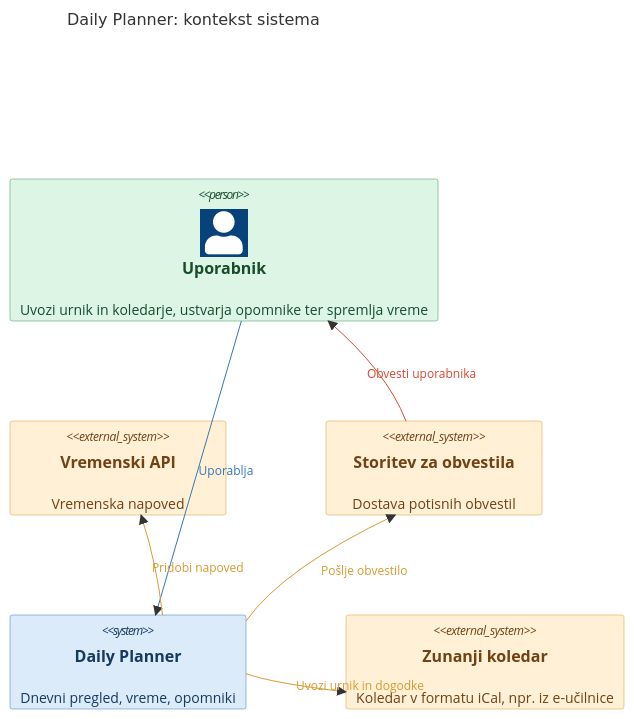
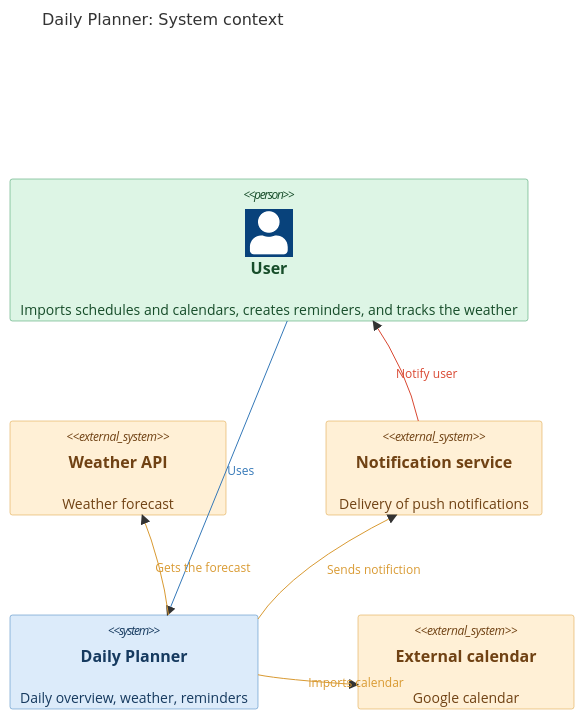
One commit to PRPO-projekt-26/daily-planner changed the diagram in c4.md. Above: the diagram before and after it, drawn with Mermaid. The commit also changed other lines of this file, not shown here.

````diff
--- a/c4.md
+++ b/c4.md
@@ -5,38 +5,37 @@
 ```mermaid
     C4Context
-    title Daily Planner: kontekst sistema
+    title Daily Planner: System context
 
-    Person(student, "Uporabnik", "Uvozi urnik in koledarje, ustvarja opomnike ter spremlja vreme")
+    Person(student, "User", "Imports schedules and calendars, creates reminders, and tracks the weather")
 
-    System_Ext(weather, "Vremenski API", "Vremenska napoved")
+    System_Ext(weather, "Weather API", "Weather forecast")
 
-    System_Ext(notification, "Storitev za obvestila", "Dostava potisnih obvestil")
+    System_Ext(notification, "Notification service", "Delivery of push notifications")
 
-    System(planner, "Daily Planner", "Dnevni pregled, vreme, opomniki")
+    System(planner, "Daily Planner", "Daily overview, weather, reminders")
 
-    System_Ext(calendar, "Zunanji koledar", "Koledar v formatu iCal, npr. iz e-učilnice")
+    System_Ext(calendar, "External calendar", "Google calendar")
 
-
-    Rel(student, planner, "Uporablja")
-    Rel(planner, weather, "Pridobi napoved")
-    Rel(planner, calendar, "Uvozi urnik in dogodke")
-    Rel(planner, notification, "Pošlje obvestilo")
-    Rel(notification, student, "Obvesti uporabnika")
+    Rel(student, planner, "Uses")
+    Rel(planner, weather, "Gets the forecast")
+    Rel(planner, calendar, "Imports calendar")
+    Rel(planner, notification, "Sends notifiction")
+    Rel(notification, student, "Notify user")
 
 
     UpdateElementStyle(planner, $bgColor="#DCEBFA", $fontColor="#163A5F", $borderColor="#3478B8")
     UpdateElementStyle(student, $bgColor="#DDF5E5", $fontColor="#174D2A", $borderColor="#31945A")
     UpdateElementStyle(friend, $bgColor="#DDF5E5", $fontColor="#174D2A", $borderColor="#31945A")
     UpdateElementStyle(weather, $bgColor="#FFF0D6", $fontColor="#704214", $borderColor="#D99A32")
     UpdateElementStyle(calendar, $bgColor="#FFF0D6", $fontColor="#704214", $borderColor="#D99A32")
     UpdateElementStyle(notification, $bgColor="#FFF0D6", $fontColor="#704214", $borderColor="#D99A32")
 
     UpdateRelStyle(student, planner, $textColor="#3478B8", $lineColor="#3478B8")
     UpdateRelStyle(friend, planner, $textColor="#3478B8", $lineColor="#3478B8")
     UpdateRelStyle(planner, weather, $textColor="#D99A32", $lineColor="#D99A32")
     UpdateRelStyle(planner, calendar, $textColor="#D99A32", $lineColor="#D99A32")
     UpdateRelStyle(planner, notification, $textColor="#D99A32", $lineColor="#D99A32")
     UpdateRelStyle(notification, student, $textColor="#d94832", $lineColor="#d94832")
 
     UpdateLayoutConfig($c4ShapeInRow="2", $c4BoundaryInRow="1")
 ```
````
